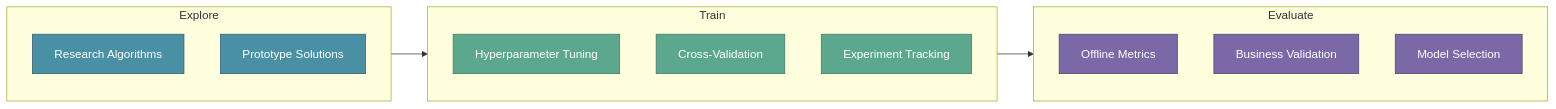
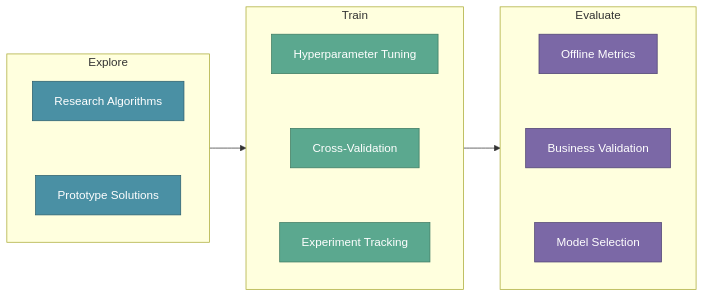
One commit to vinaykagithapu/vinay.github.io changed the third of 6 diagrams in docs/mlops/mlops-fundamentals/4-mlops-lifecycle.md. Above: the diagram before and after it, drawn with Mermaid. The commit also changed other lines of this file, not shown here.

Commit message:
Refactor MLOps lifecycle documentation: Update flowchart phases for clarity, rename 'Testing & Deployment' to 'TDP', and enhance diagram connections. Remove outdated experiment tracking example to streamline content.

````diff
--- a/docs/mlops/mlops-fundamentals/4-mlops-lifecycle.md
+++ b/docs/mlops/mlops-fundamentals/4-mlops-lifecycle.md
@@ -168,30 +170,33 @@
 ```mermaid
 flowchart LR
     subgraph explore[Explore]
         E1[Research Algorithms]
         E2[Prototype Solutions]
+        E1 ~~~ E2
     end
     
     subgraph train[Train]
         T1[Hyperparameter Tuning]
         T2[Cross-Validation]
         T3[Experiment Tracking]
+        T1 ~~~ T2 ~~~ T3
     end
     
     subgraph evaluate[Evaluate]
         V1[Offline Metrics]
         V2[Business Validation]
         V3[Model Selection]
+        V1 ~~~ V2 ~~~ V3
     end
     
     explore --> train --> evaluate
     
     style E1 fill:#4A90A4,stroke:#2C5F6E,color:#fff
     style E2 fill:#4A90A4,stroke:#2C5F6E,color:#fff
     style T1 fill:#5BA88F,stroke:#3D7A62,color:#fff
     style T2 fill:#5BA88F,stroke:#3D7A62,color:#fff
     style T3 fill:#5BA88F,stroke:#3D7A62,color:#fff
     style V1 fill:#7B68A6,stroke:#4E4272,color:#fff
     style V2 fill:#7B68A6,stroke:#4E4272,color:#fff
     style V3 fill:#7B68A6,stroke:#4E4272,color:#fff
 ```
````
